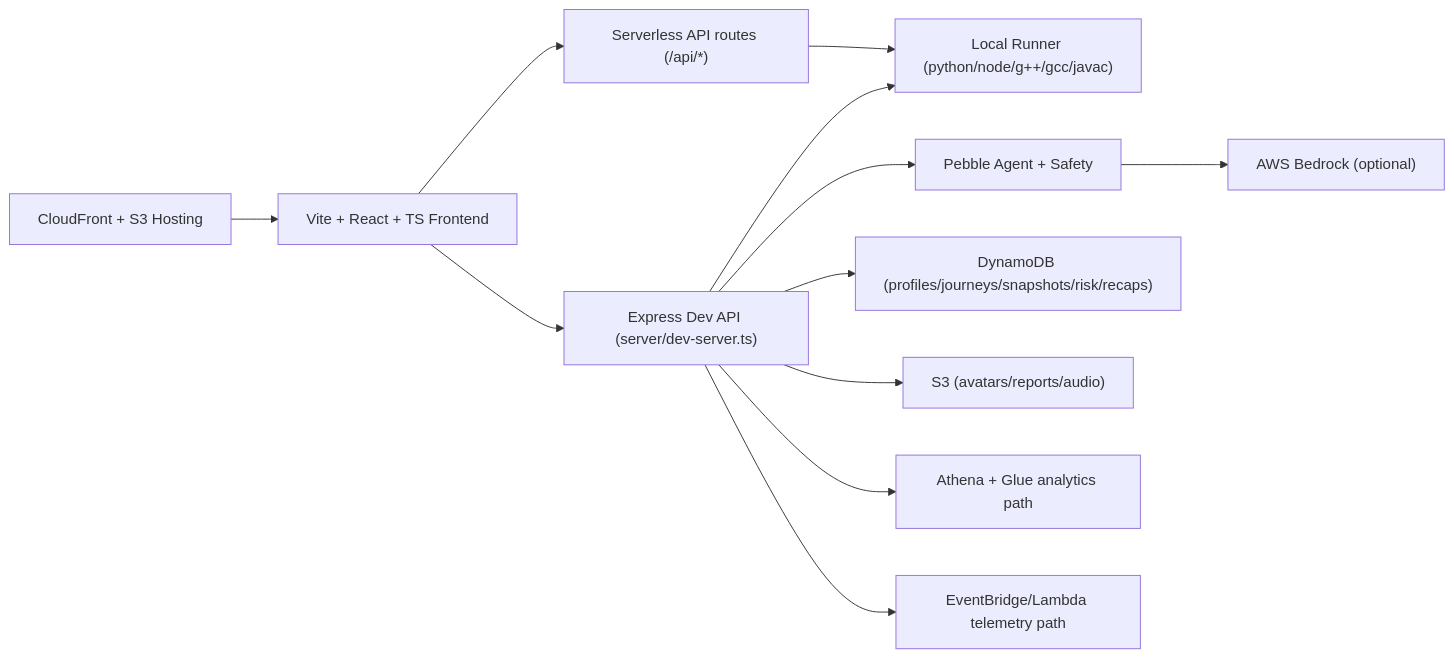
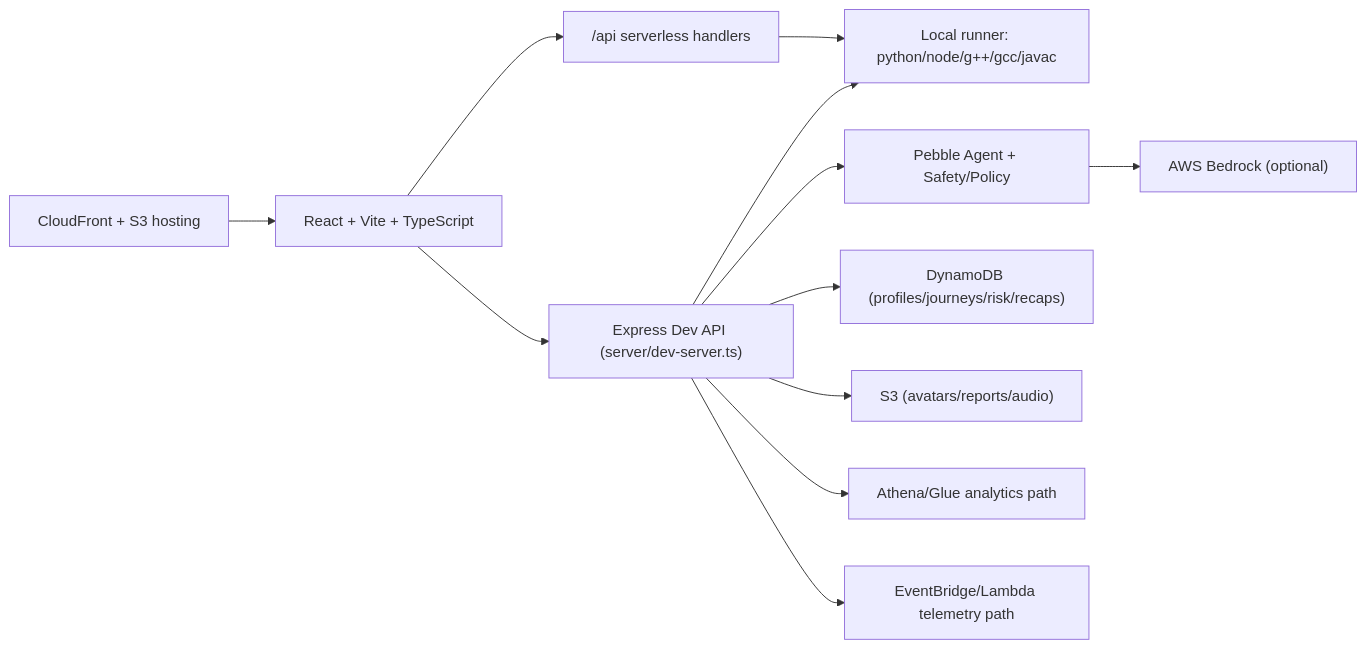
One commit to addyvantage/pebble-prototype-dev changed the diagram in README.md. Above: the diagram before and after it, drawn with Mermaid. The commit also changed other lines of this file, not shown here.

````diff
--- a/README.md
+++ b/README.md
@@ -127,18 +111,18 @@
 ```mermaid
 flowchart LR
-  FE["Vite + React + TS Frontend"] --> DEV["Express Dev API (server/dev-server.ts)"]
-  FE --> VERCEL["Serverless API routes (/api/*)"]
+  FE["React + Vite + TypeScript"] --> DEVAPI["Express Dev API (server/dev-server.ts)"]
+  FE --> VERCEL["/api serverless handlers"]
 
-  DEV --> RUNNER["Local Runner (python/node/g++/gcc/javac)"]
+  DEVAPI --> RUNNER["Local runner: python/node/g++/gcc/javac"]
   VERCEL --> RUNNER
 
-  DEV --> AGENT["Pebble Agent + Safety"]
+  DEVAPI --> AGENT["Pebble Agent + Safety/Policy"]
   AGENT --> BEDROCK["AWS Bedrock (optional)"]
 
-  DEV --> DDB["DynamoDB (profiles/journeys/snapshots/risk/recaps)"]
-  DEV --> S3["S3 (avatars/reports/audio)"]
-  DEV --> ATHENA["Athena + Glue analytics path"]
-  DEV --> EVENTS["EventBridge/Lambda telemetry path"]
+  DEVAPI --> DDB["DynamoDB (profiles/journeys/risk/recaps)"]
+  DEVAPI --> S3["S3 (avatars/reports/audio)"]
+  DEVAPI --> ATHENA["Athena/Glue analytics path"]
+  DEVAPI --> LAMBDA["EventBridge/Lambda telemetry path"]
 
-  CF["CloudFront + S3 Hosting"] --> FE
+  HOST["CloudFront + S3 hosting"] --> FE
 ```
````
